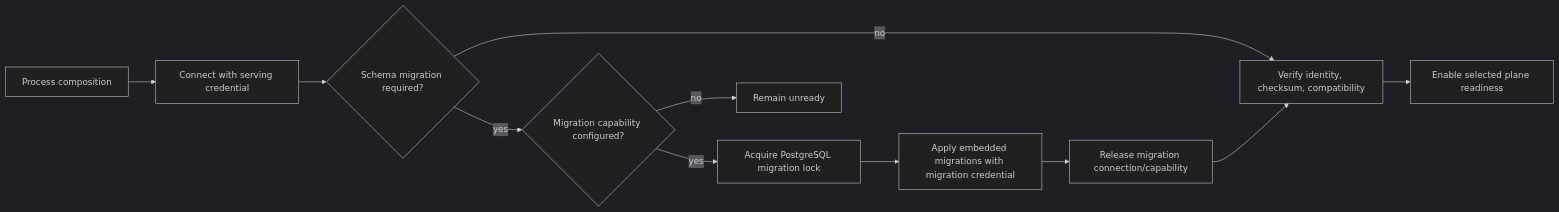
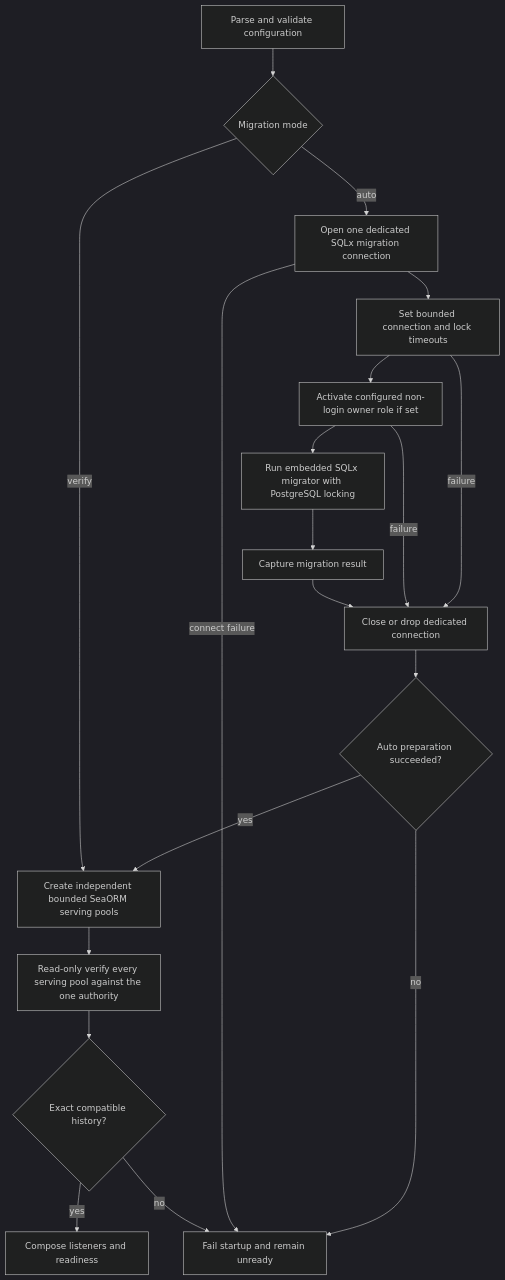
One commit to owlfoundry/owlauth changed the second of 2 diagrams in spec/04-storage-and-migrations.md. Above: the diagram before and after it, drawn with Mermaid (dark theme). The commit also changed other lines of this file and 35 other files, not shown here.

First line of the commit message:
docs(repo): define hosted web and SaaS architecture

````diff
--- a/spec/04-storage-and-migrations.md
+++ b/spec/04-storage-and-migrations.md
@@ -442,13 +439,21 @@
 ```mermaid
-flowchart LR
-    Start[Process composition] --> Connect[Connect with serving credential]
-    Connect --> Required{Schema migration required?}
-    Required -- no --> Verify[Verify identity, checksum, compatibility]
-    Required -- yes --> Capability{Migration capability configured?}
-    Capability -- no --> Closed[Remain unready]
-    Capability -- yes --> Lock[Acquire PostgreSQL migration lock]
-    Lock --> Apply[Apply embedded migrations with migration credential]
-    Apply --> Drop[Release migration connection/capability]
-    Drop --> Verify
-    Verify --> Ready[Enable selected plane readiness]
+flowchart TD
+    Start[Parse and validate configuration] --> Mode{Migration mode}
+    Mode -->|auto| Migration[Open one dedicated SQLx migration connection]
+    Migration --> Bounds[Set bounded connection and lock timeouts]
+    Bounds --> Owner[Activate configured non-login owner role if set]
+    Owner --> Apply[Run embedded SQLx migrator with PostgreSQL locking]
+    Apply --> Capture[Capture migration result]
+    Bounds -->|failure| Cleanup[Close or drop dedicated connection]
+    Owner -->|failure| Cleanup
+    Capture --> Cleanup
+    Cleanup --> Applied{Auto preparation succeeded?}
+    Applied -->|yes| Pools[Create independent bounded SeaORM serving pools]
+    Applied -->|no| Closed[Fail startup and remain unready]
+    Migration -->|connect failure| Closed
+    Mode -->|verify| Pools
+    Pools --> Targets[Read-only verify every serving pool against the one authority]
+    Targets --> Compatible{Exact compatible history?}
+    Compatible -->|yes| Listeners[Compose listeners and readiness]
+    Compatible -->|no| Closed
 ```
````
